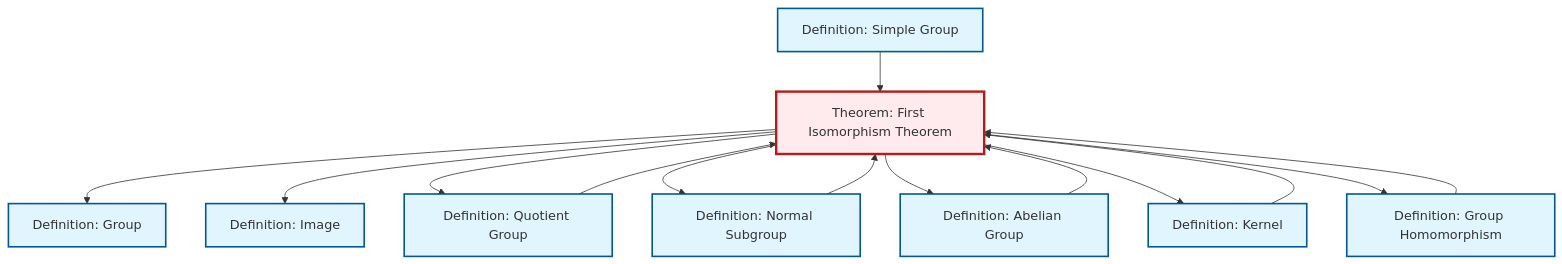
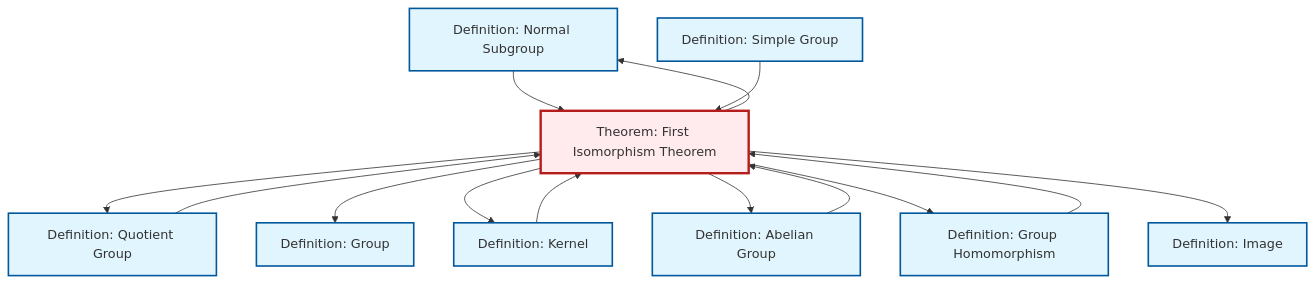
Before and after one commit to RK0429/ModernMath: the diagram in content/ja/algebra/thm-first-isomorphism.qmd, drawn with Mermaid. The commit also changed other lines of this file and 619 other files, not shown here.

````diff
--- a/content/ja/algebra/thm-first-isomorphism.qmd
+++ b/content/ja/algebra/thm-first-isomorphism.qmd
@@ -101,40 +101,40 @@
 ```{mermaid}
 %%| fig-cap: "Local dependency graph"
 graph TD
     classDef definition fill:#e1f5fe,stroke:#01579b,stroke-width:2px
     classDef theorem fill:#f3e5f5,stroke:#4a148c,stroke-width:2px
     classDef axiom fill:#fff3e0,stroke:#e65100,stroke-width:2px
     classDef example fill:#e8f5e9,stroke:#1b5e20,stroke-width:2px
     classDef current fill:#ffebee,stroke:#b71c1c,stroke-width:3px
-    def-simple-group["Definition: Simple Group"]:::definition
-    def-homomorphism["Definition: Group Homomorphism"]:::definition
+    def-normal-subgroup["Definition: Normal Subgroup"]:::definition
+    def-abelian-group["Definition: Abelian Group"]:::definition
+    def-group["Definition: Group"]:::definition
     def-kernel["Definition: Kernel"]:::definition
     thm-first-isomorphism["Theorem: First Isomorphism Theorem"]:::theorem
-    def-normal-subgroup["Definition: Normal Subgroup"]:::definition
-    def-abelian-group["Definition: Abelian Group"]:::definition
     def-quotient-group["Definition: Quotient Group"]:::definition
-    def-group["Definition: Group"]:::definition
+    def-homomorphism["Definition: Group Homomorphism"]:::definition
+    def-simple-group["Definition: Simple Group"]:::definition
     def-image["Definition: Image"]:::definition
+    thm-first-isomorphism --> def-quotient-group
+    def-homomorphism --> thm-first-isomorphism
+    def-abelian-group --> thm-first-isomorphism
+    def-kernel --> thm-first-isomorphism
     thm-first-isomorphism --> def-group
-    def-kernel --> thm-first-isomorphism
-    thm-first-isomorphism --> def-image
-    def-abelian-group --> thm-first-isomorphism
-    thm-first-isomorphism --> def-quotient-group
+    thm-first-isomorphism --> def-kernel
+    thm-first-isomorphism --> def-normal-subgroup
+    thm-first-isomorphism --> def-abelian-group
     def-normal-subgroup --> thm-first-isomorphism
-    thm-first-isomorphism --> def-normal-subgroup
-    def-quotient-group --> thm-first-isomorphism
-    thm-first-isomorphism --> def-abelian-group
-    thm-first-isomorphism --> def-kernel
-    def-homomorphism --> thm-first-isomorphism
     def-simple-group --> thm-first-isomorphism
     thm-first-isomorphism --> def-homomorphism
+    def-quotient-group --> thm-first-isomorphism
+    thm-first-isomorphism --> def-image
     class thm-first-isomorphism current
-    click def-simple-group "def-simple-group.html" "Definition: Simple Groupへ"
-    click def-homomorphism "def-homomorphism.html" "Definition: Group Homomorphismへ"
-    click def-kernel "def-kernel.html" "Definition: Kernelへ"
     click def-normal-subgroup "def-normal-subgroup.html" "Definition: Normal Subgroupへ"
     click def-abelian-group "def-abelian-group.html" "Definition: Abelian Groupへ"
+    click def-group "def-group.html" "Definition: Groupへ"
+    click def-kernel "def-kernel.html" "Definition: Kernelへ"
     click def-quotient-group "def-quotient-group.html" "Definition: Quotient Groupへ"
-    click def-group "def-group.html" "Definition: Groupへ"
+    click def-homomorphism "def-homomorphism.html" "Definition: Group Homomorphismへ"
+    click def-simple-group "def-simple-group.html" "Definition: Simple Groupへ"
     click def-image "def-image.html" "Definition: Imageへ"
 ```
````
